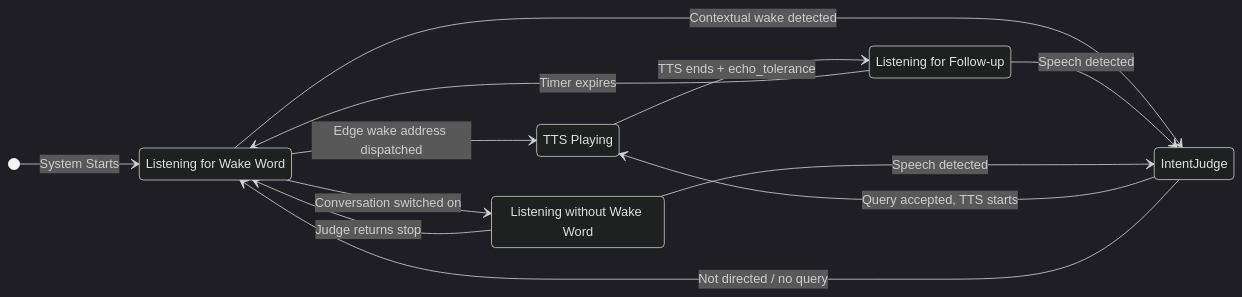
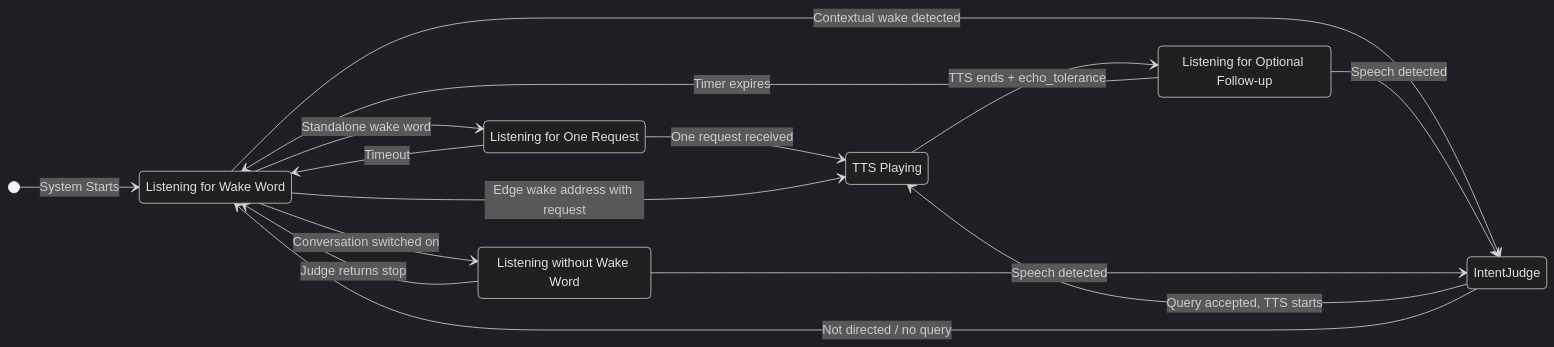
One commit to fg618455-droid/jarvis changed the diagram in src/jarvis/listening/listening.spec.md. Above: the diagram before and after it, drawn with Mermaid (dark theme). The commit also changed other lines of this file and 20 other files, not shown here.

Commit message:
feat: add acknowledged wake-word flow

````diff
--- a/src/jarvis/listening/listening.spec.md
+++ b/src/jarvis/listening/listening.spec.md
@@ -355,21 +379,25 @@
 ```mermaid
 stateDiagram-v2
     direction LR
     [*] --> WakeWord: System Starts
 
     WakeWord: Listening for Wake Word
-    HotWindow: Listening for Follow-up
+    CommandCapture: Listening for One Request
+    HotWindow: Listening for Optional Follow-up
     Conversation: Listening without Wake Word
     DuringTTS: TTS Playing
 
-    WakeWord --> DuringTTS: Edge wake address dispatched
+    WakeWord --> CommandCapture: Standalone wake word
+    CommandCapture --> DuringTTS: One request received
+    CommandCapture --> WakeWord: Timeout
+    WakeWord --> DuringTTS: Edge wake address with request
     WakeWord --> IntentJudge: Contextual wake detected
     IntentJudge --> DuringTTS: Query accepted, TTS starts
     IntentJudge --> WakeWord: Not directed / no query
     DuringTTS --> HotWindow: TTS ends + echo_tolerance
     HotWindow --> IntentJudge: Speech detected
     HotWindow --> WakeWord: Timer expires
     WakeWord --> Conversation: Conversation switched on
     Conversation --> IntentJudge: Speech detected
     Conversation --> WakeWord: Judge returns stop
 ```
````
